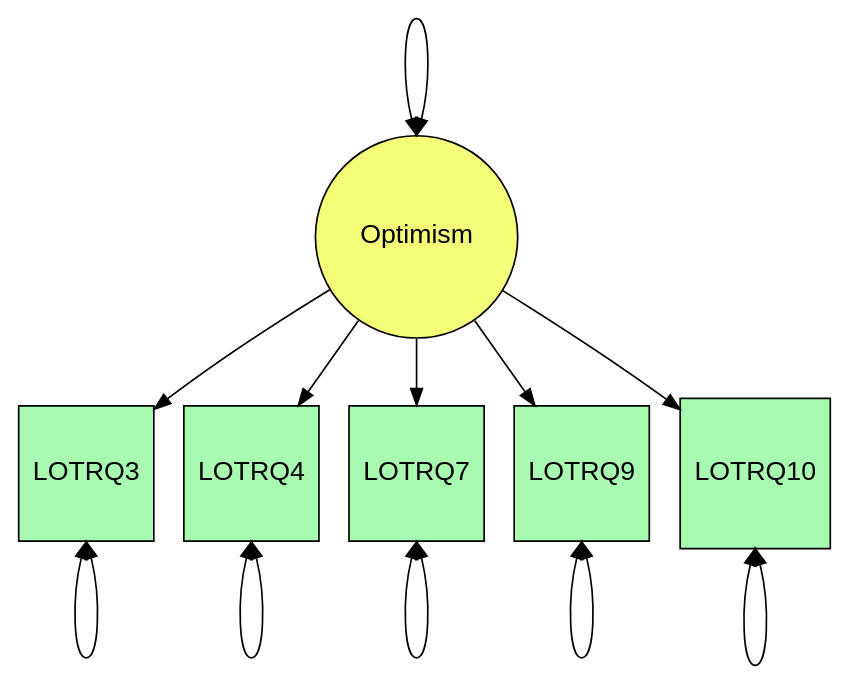
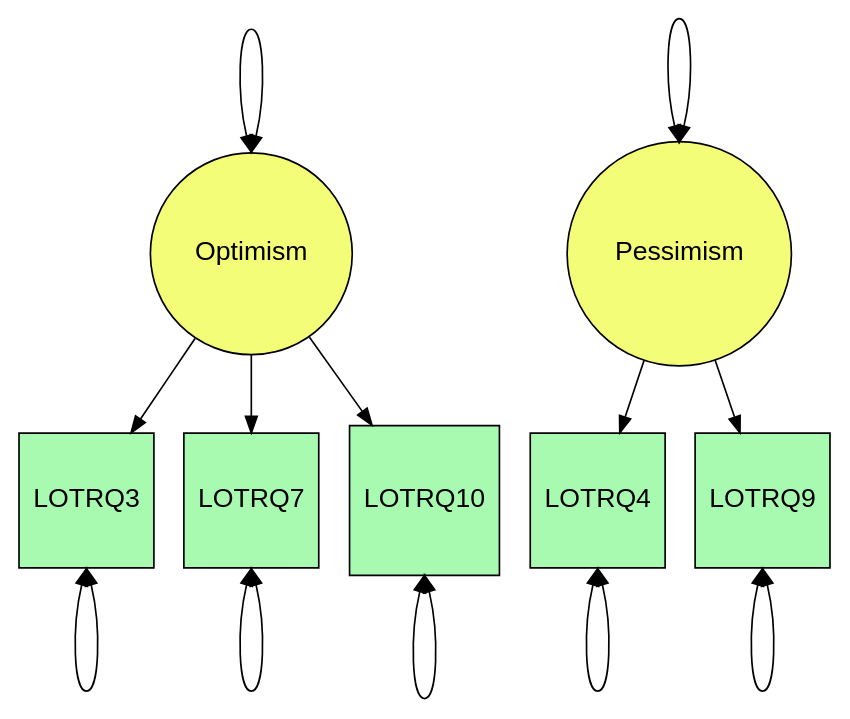
One commit to richiemorrisroe/Thesis changed the diagram in lotrsmallbacktest.dot. Above: the diagram before and after it, drawn with Graphviz. The commit also changed 3 other files, not shown here.

```diff
--- a/lotrsmallbacktest.dot
+++ b/lotrsmallbacktest.dot
@@ -1,24 +1,26 @@
 digraph "LOTRBackTestReduced" {
 	 node [style=filled, fontname="Arial", fontsize=16];
  	 /* Manifest Variables */
  	 { rank = max; LOTRQ3; LOTRQ4; LOTRQ7; LOTRQ9; LOTRQ10 }
 	 LOTRQ3 [shape=square, fillcolor="#a9fab1", height=0.5, width=0.5];
 	 LOTRQ4 [shape=square, fillcolor="#a9fab1", height=0.5, width=0.5];
 	 LOTRQ7 [shape=square, fillcolor="#a9fab1", height=0.5, width=0.5];
 	 LOTRQ9 [shape=square, fillcolor="#a9fab1", height=0.5, width=0.5];
 	 LOTRQ10 [shape=square, fillcolor="#a9fab1", height=0.5, width=0.5];
 /* Latent Variables */
 	 Optimism [shape=circle, fillcolor="#f4fd78"];
+	 Pessimism [shape=circle, fillcolor="#f4fd78"];
 /* Paths */
 	 Optimism -> LOTRQ3[dir=forward];
-	 Optimism -> LOTRQ4[dir=forward];
 	 Optimism -> LOTRQ7[dir=forward];
-	 Optimism -> LOTRQ9[dir=forward];
 	 Optimism -> LOTRQ10[dir=forward];
+	 Pessimism -> LOTRQ4[dir=forward];
+	 Pessimism -> LOTRQ9[dir=forward];
 	 LOTRQ3 -> LOTRQ3[dir=both, headport=s, tailport=s];
 	 LOTRQ4 -> LOTRQ4[dir=both, headport=s, tailport=s];
 	 LOTRQ7 -> LOTRQ7[dir=both, headport=s, tailport=s];
 	 LOTRQ9 -> LOTRQ9[dir=both, headport=s, tailport=s];
 	 LOTRQ10 -> LOTRQ10[dir=both, headport=s, tailport=s];
 	 Optimism -> Optimism[dir=both, headport=n, tailport=n];
+	 Pessimism -> Pessimism[dir=both, headport=n, tailport=n];
 }
```
